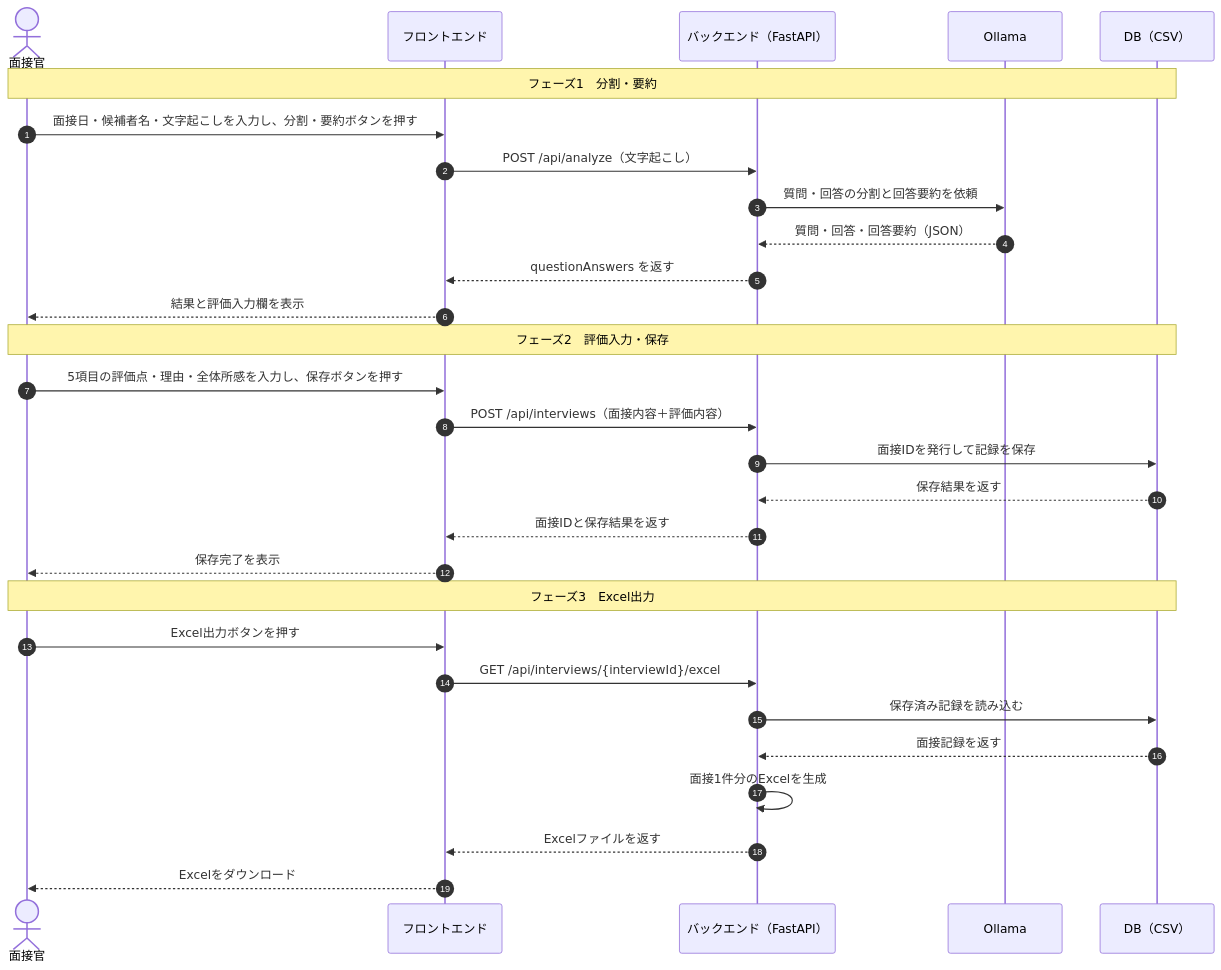
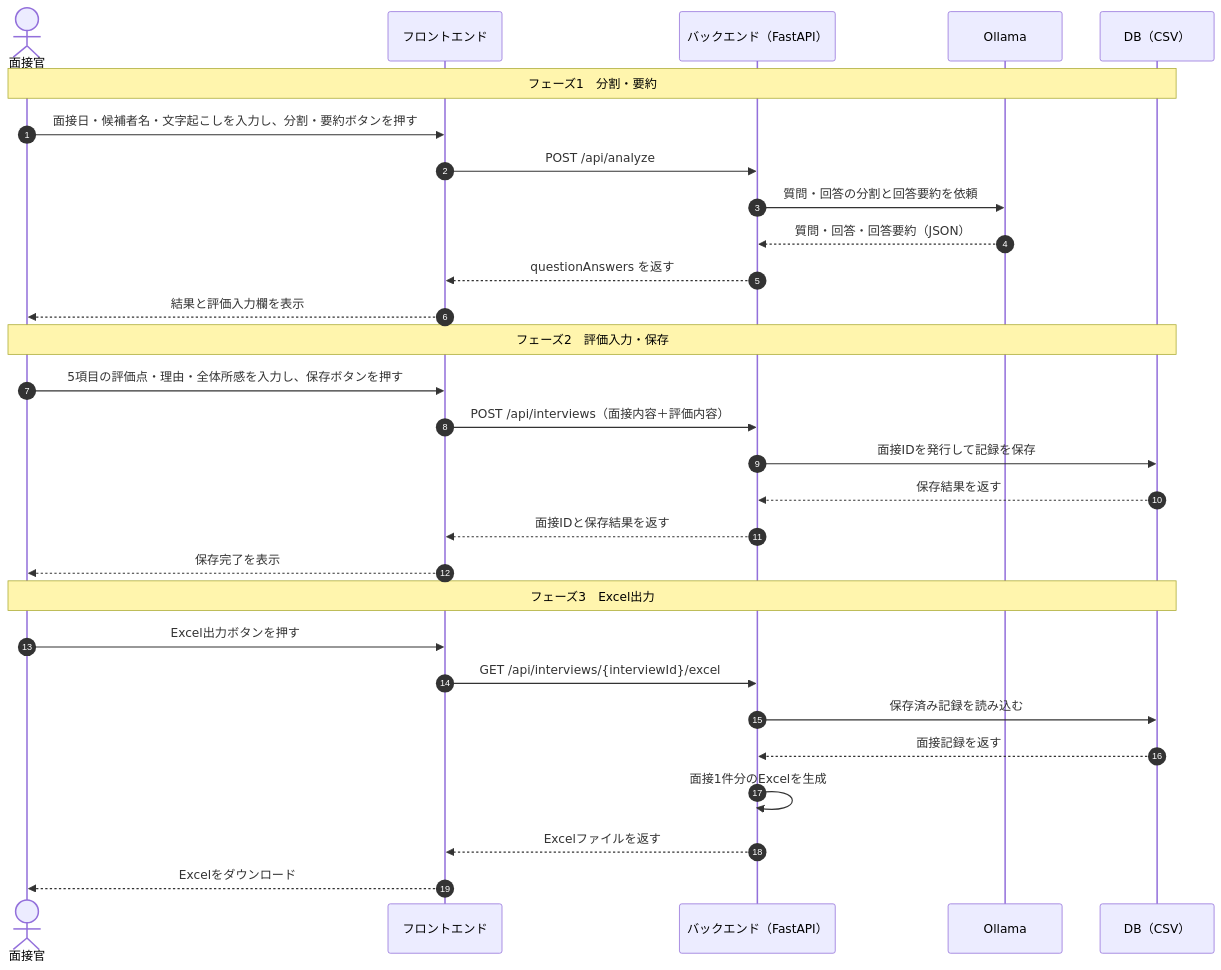
The first of 2 diagrams in docs/mvp-interface-spec.md (DaichiKiyozaki/sakura-hackason-teamA), drawn with Mermaid before and after one commit. The commit also changed other lines of this file and 5 other files, not shown here.

````diff
--- a/docs/mvp-interface-spec.md
+++ b/docs/mvp-interface-spec.md
@@ -35,34 +35,34 @@
 ```mermaid
 sequenceDiagram
     autonumber
     actor User as 面接官
     participant Front as フロントエンド
     participant API as バックエンド（FastAPI）
     participant LLM as Ollama
     participant DB as DB（CSV）
 
     Note over User, DB: フェーズ1　分割・要約
     User->>Front: 面接日・候補者名・文字起こしを入力し、分割・要約ボタンを押す
-    Front->>API: POST /api/analyze（文字起こし）
+    Front->>API: POST /api/analyze
     API->>LLM: 質問・回答の分割と回答要約を依頼
     LLM-->>API: 質問・回答・回答要約（JSON）
     API-->>Front: questionAnswers を返す
     Front-->>User: 結果と評価入力欄を表示
 
     Note over User, DB: フェーズ2　評価入力・保存
     User->>Front: 5項目の評価点・理由・全体所感を入力し、保存ボタンを押す
     Front->>API: POST /api/interviews（面接内容＋評価内容）
     API->>DB: 面接IDを発行して記録を保存
     DB-->>API: 保存結果を返す
     API-->>Front: 面接IDと保存結果を返す
     Front-->>User: 保存完了を表示
 
     Note over User, DB: フェーズ3　Excel出力
     User->>Front: Excel出力ボタンを押す
     Front->>API: GET /api/interviews/{interviewId}/excel
     API->>DB: 保存済み記録を読み込む
     DB-->>API: 面接記録を返す
     API->>API: 面接1件分のExcelを生成
     API-->>Front: Excelファイルを返す
     Front-->>User: Excelをダウンロード
 ```
````
